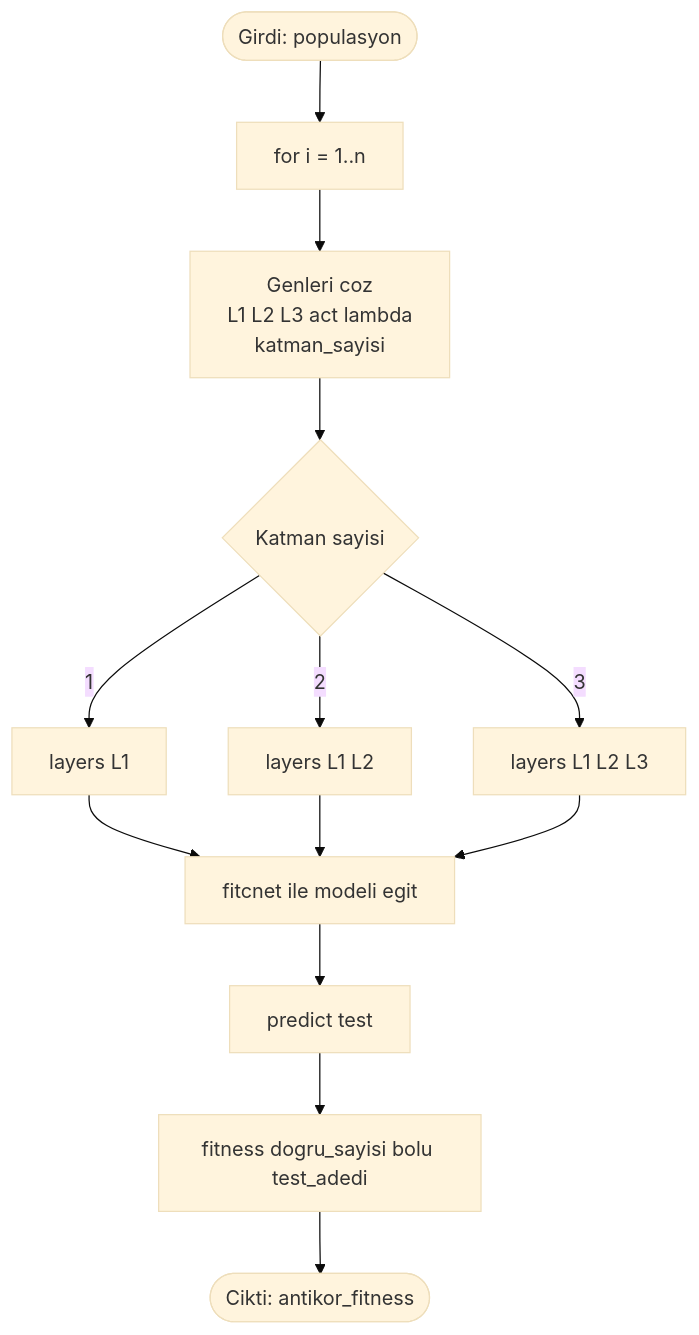
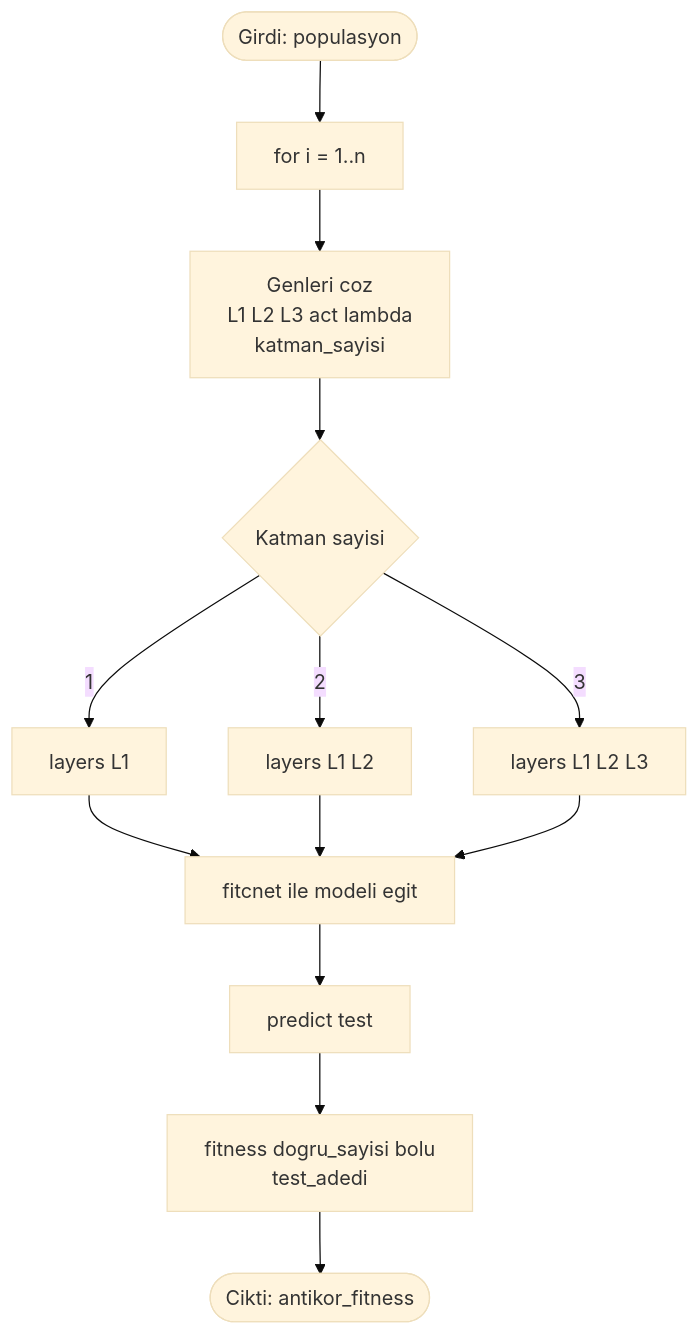
The second of 4 diagrams in akis_semasi.md (RamazanKaratut/Opt_Alg_2_Clonalg), drawn with Mermaid (base theme) before and after one commit.

````diff
--- a/akis_semasi.md
+++ b/akis_semasi.md
@@ -40,15 +40,15 @@
 ```mermaid
 flowchart TD
     A([Girdi: populasyon]) --> B[for i = 1..n]
     B --> C[Genleri coz<br/>L1 L2 L3 act lambda<br/>katman_sayisi]
     C --> D{Katman sayisi}
     D -- 1 --> E[layers L1]
     D -- 2 --> F[layers L1 L2]
     D -- 3 --> G[layers L1 L2 L3]
     E --> H[fitcnet ile modeli egit]
     F --> H
     G --> H
     H --> I[predict test]
-    I --> J[fitness dogru_sayisi bolu test_adedi]
+    I --> J[fitness dogru_sayisi bolu<br/>test_adedi]
     J --> K([Cikti: antikor_fitness])
 ```
````
